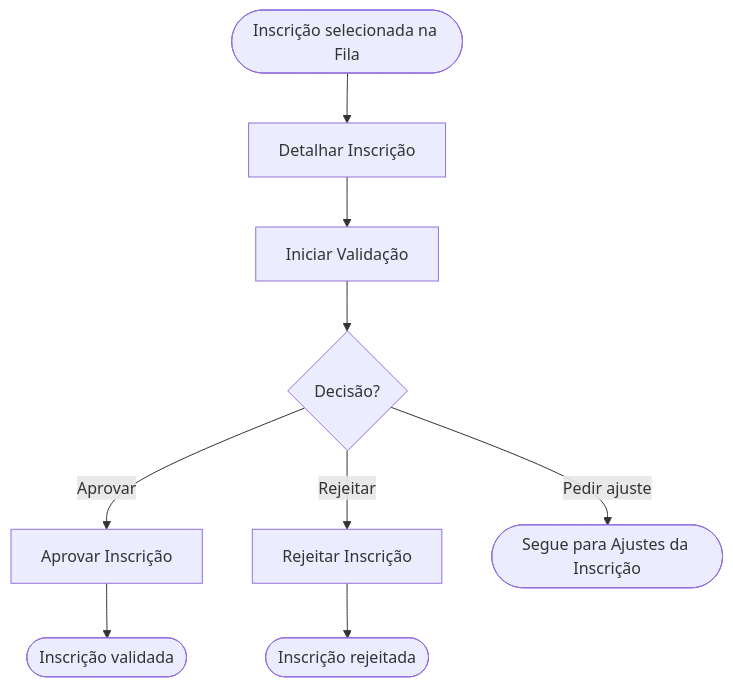
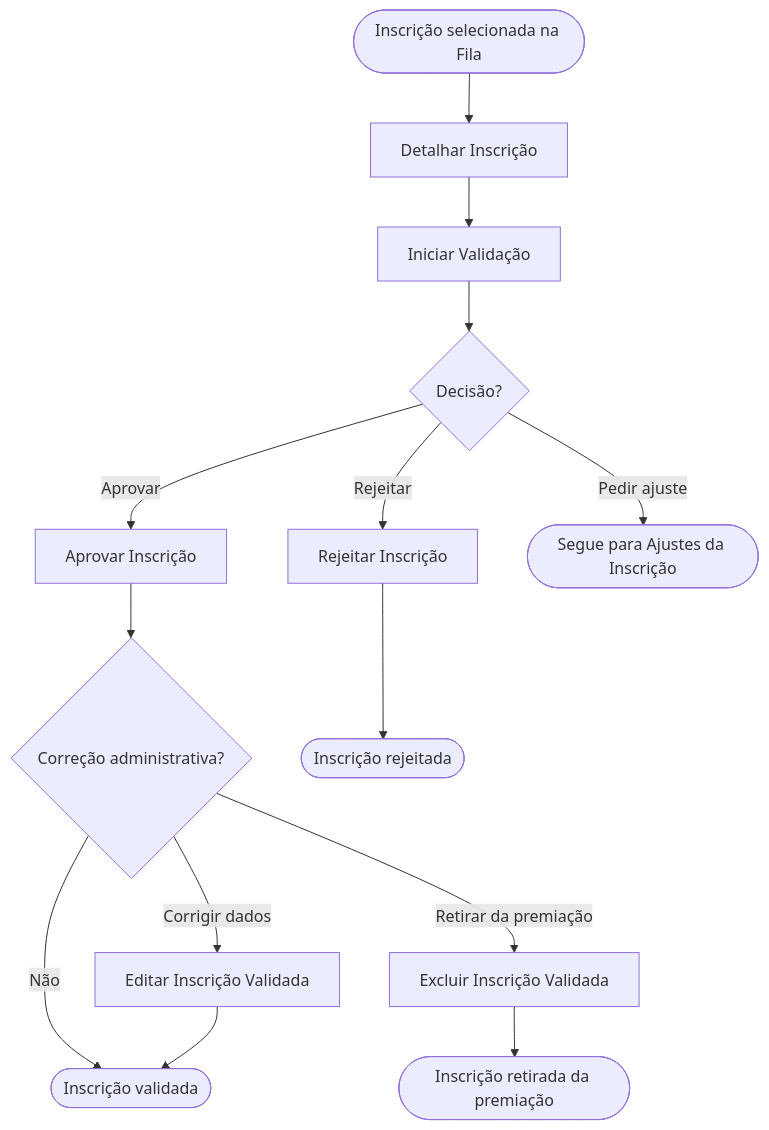
The diagram in modules/validacao/analise-decisao/README.md (andromarcio/phl-premio-iel), drawn with Mermaid before and after one commit. The commit also changed other lines of this file and 27 other files, not shown here.

````diff
--- a/modules/validacao/analise-decisao/README.md
+++ b/modules/validacao/analise-decisao/README.md
@@ -28,11 +28,16 @@
 ```mermaid
 flowchart TD
     A(["Inscrição selecionada na Fila"]) --> B["Detalhar Inscrição"]
     B --> C["Iniciar Validação"]
     C --> D{"Decisão?"}
     D -->|Aprovar| E["Aprovar Inscrição"]
     D -->|Rejeitar| F["Rejeitar Inscrição"]
     D -->|Pedir ajuste| G(["Segue para Ajustes da Inscrição"])
-    E --> H(["Inscrição validada"])
+    E --> V{"Correção administrativa?"}
+    V -->|Não| H(["Inscrição validada"])
+    V -->|Corrigir dados| EV["Editar Inscrição Validada"]
+    V -->|Retirar da premiação| XV["Excluir Inscrição Validada"]
+    EV --> H
+    XV --> XR(["Inscrição retirada da premiação"])
     F --> I(["Inscrição rejeitada"])
 ```
````
